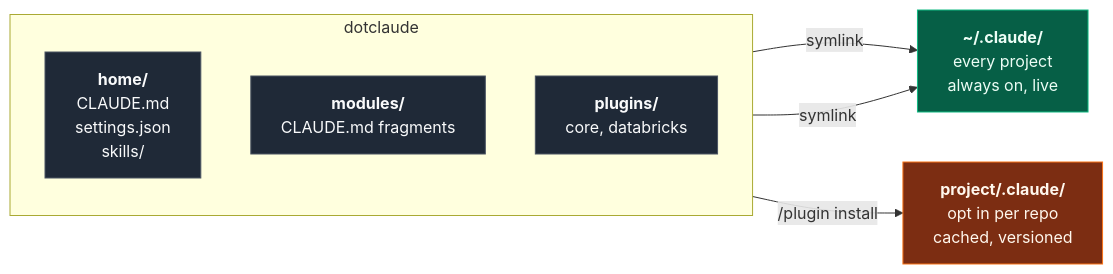
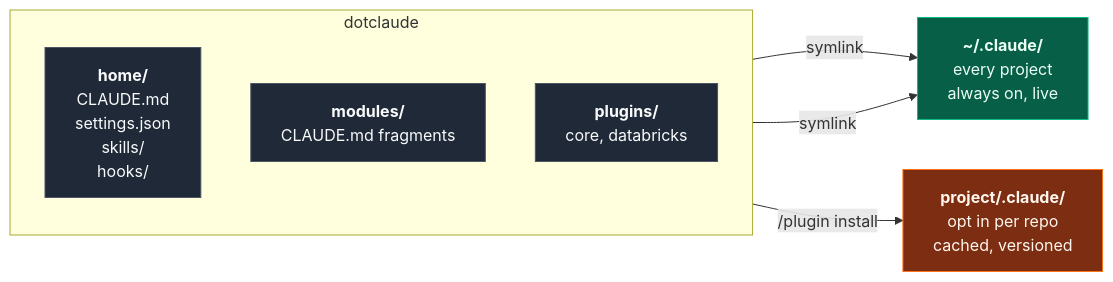
The diagram in README.md (schmucas/dotclaude), drawn with Mermaid before and after one commit. The commit also changed other lines of this file and 4 other files, not shown here.

````diff
--- a/README.md
+++ b/README.md
@@ -24,20 +24,20 @@
 ```mermaid
 flowchart LR
     subgraph REPO["dotclaude"]
         direction TB
-        H["<b>home/</b><br/>CLAUDE.md<br/>settings.json<br/>skills/"]
+        H["<b>home/</b><br/>CLAUDE.md<br/>settings.json<br/>skills/<br/>hooks/"]
         M["<b>modules/</b><br/>CLAUDE.md fragments"]
         P["<b>plugins/</b><br/>core, databricks"]
     end
 
     H -->|symlink| G["<b>~/.claude/</b><br/>every project<br/>always on, live"]
     M -->|symlink| G
     P -->|/plugin install| L["<b>project/.claude/</b><br/>opt in per repo<br/>cached, versioned"]
 
     classDef repo fill:#1f2937,stroke:#4b5563,color:#f9fafb
     classDef global fill:#065f46,stroke:#10b981,color:#ecfdf5
     classDef local fill:#7c2d12,stroke:#f97316,color:#fff7ed
     class H,M,P repo
     class G global
     class L local
 ```
````
